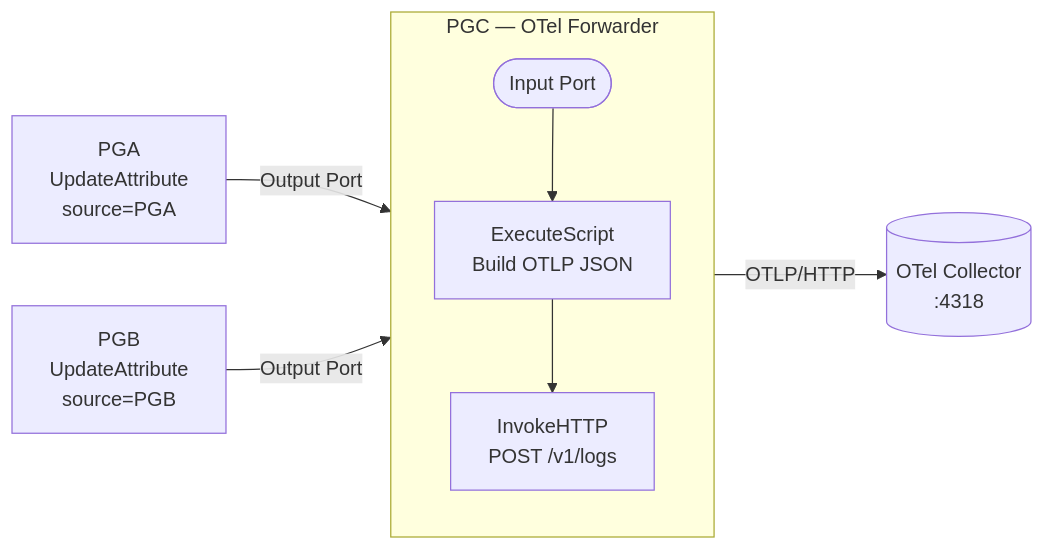
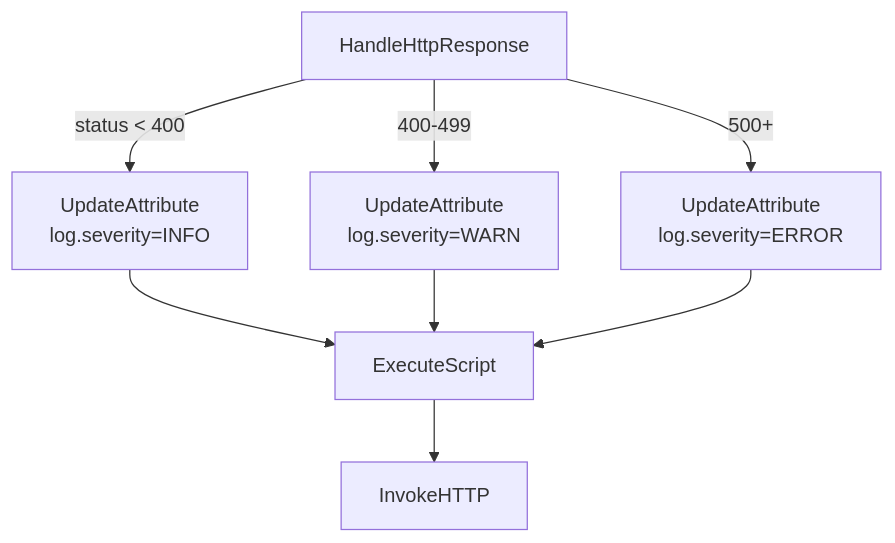
Before and after one commit to saneera/apache-nifi: the third of 3 diagrams in openfire-chat/readme3.md, drawn with Mermaid. The commit also changed other lines of this file, not shown here.

````diff
--- a/openfire-chat/readme3.md
+++ b/openfire-chat/readme3.md
@@ -370,13 +208,12 @@
 ```mermaid
-flowchart LR
-    A[PGA\nUpdateAttribute\nsource=PGA] -->|Output Port| C
-    B[PGB\nUpdateAttribute\nsource=PGB] -->|Output Port| C
+flowchart TD
+    RES[HandleHttpResponse]
+    RES -->|status < 400| UA_INFO[UpdateAttribute\nlog.severity=INFO]
+    RES -->|400-499| UA_WARN[UpdateAttribute\nlog.severity=WARN]
+    RES -->|500+| UA_ERROR[UpdateAttribute\nlog.severity=ERROR]
 
-    subgraph C["PGC — OTel Forwarder"]
-        direction TB
-        IP([Input Port]) --> ES[ExecuteScript\nBuild OTLP JSON]
-        ES --> IH[InvokeHTTP\nPOST /v1/logs]
-    end
-
-    IH -->|OTLP/HTTP| OC[(OTel Collector\n:4318)]
+    UA_INFO --> ES[ExecuteScript]
+    UA_WARN --> ES
+    UA_ERROR --> ES
+    ES --> IH[InvokeHTTP]
 ```
````
